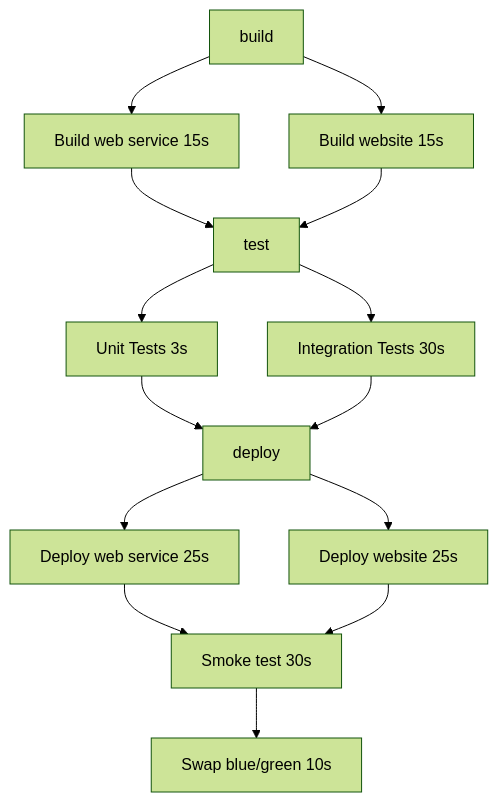
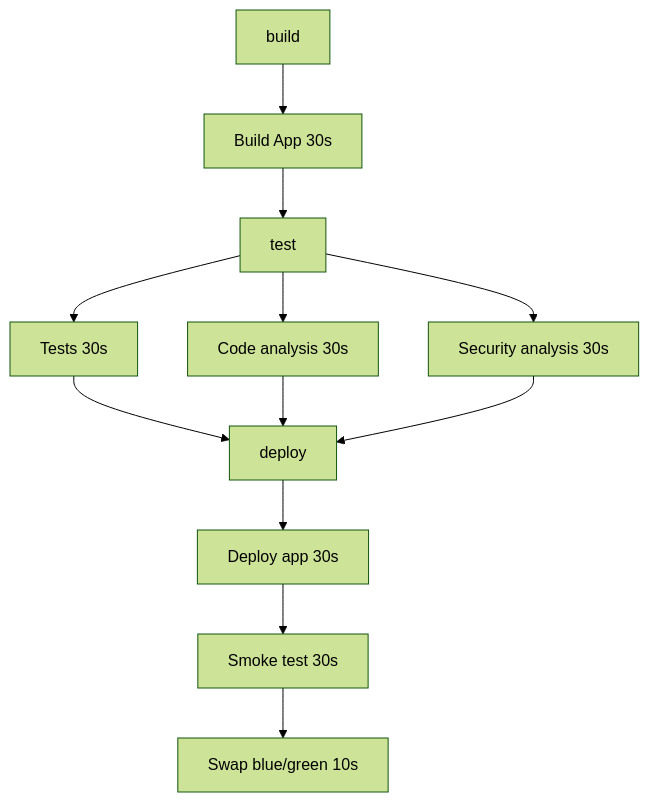
One commit to samsmithnz/ParallelPipelinesDemo changed the second of 2 diagrams in README.md. Above: the diagram before and after it, drawn with Mermaid (forest theme). The commit also changed other lines of this file, not shown here.

````diff
--- a/README.md
+++ b/README.md
@@ -11,10 +11,9 @@
 ```mermaid
   graph TD;
-      build-->buildWeb[Build web service 15s]-->test
-      build-->buildWebService[Build website 15s]-->test;
-      test-->unitTest[Unit Tests 3s]-->deploy;
-      test-->integrationTest[Integration Tests 30s]-->deploy;
-      deploy-->deployWebService[Deploy web service 25s]-->smoke[Smoke test 30s];
-      deploy-->deployWeb[Deploy website 25s]-->smoke[Smoke test 30s];
+      build-->buildApp[Build App 30s]-->test
+      test-->tests[Tests 30s]-->deploy;
+      test-->codeAnalysis[Code analysis 30s]-->deploy;
+      test-->securityAnalysis[Security analysis 30s]-->deploy;
+      deploy-->deployApp[Deploy app 30s]-->smoke[Smoke test 30s];
       smoke[Smoke test 30s]-->swap[Swap blue/green 10s];
 ```
````
